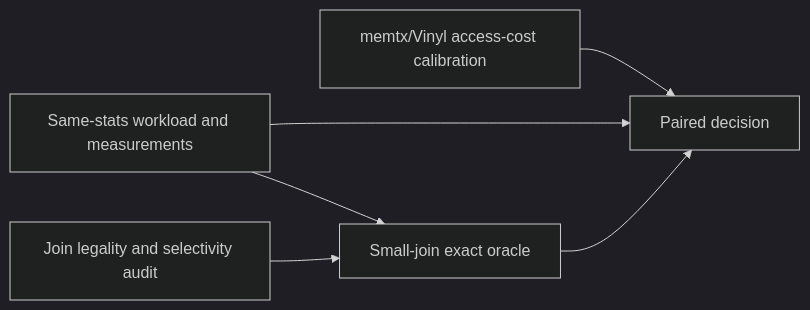
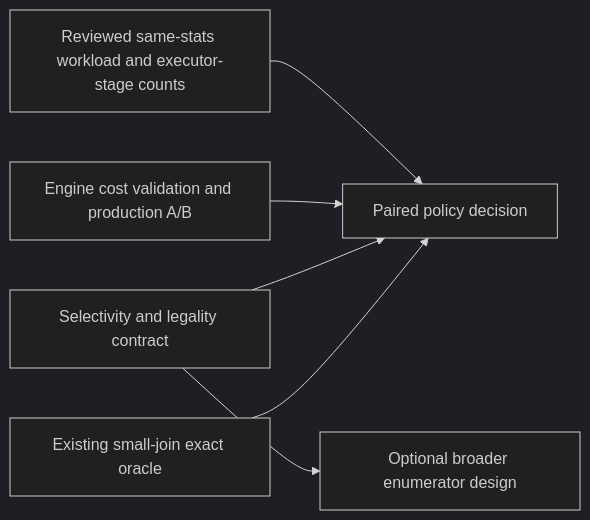
One commit to tsafin/tarantool-dsql changed the fourth of 4 diagrams in docs/vdbe/dp-planner.md. Above: the diagram before and after it, drawn with Mermaid (dark theme). The commit also changed other lines of this file and 2 other files, not shown here.

````diff
--- a/docs/vdbe/dp-planner.md
+++ b/docs/vdbe/dp-planner.md
@@ -548,8 +518,8 @@
 ```mermaid
 flowchart LR
-    A[Same-stats workload and measurements] --> D[Paired decision]
-    B[memtx/Vinyl access-cost calibration] --> D
-    C[Join legality and selectivity audit] --> O[Small-join exact oracle]
-    A --> O
-    O --> D
+    A[Reviewed same-stats workload and executor-stage counts] --> D[Paired policy decision]
+    B[Engine cost validation and production A/B] --> D
+    C[Selectivity and legality contract] --> D
+    O[Existing small-join exact oracle] --> D
+    C --> X[Optional broader enumerator design]
 ```
````
